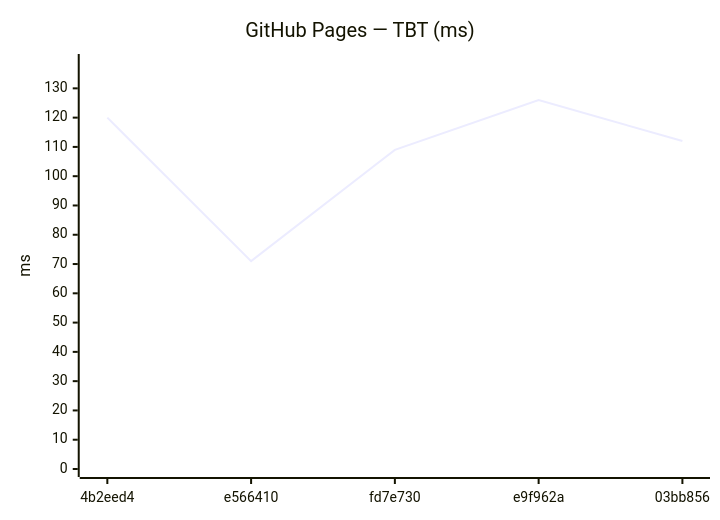
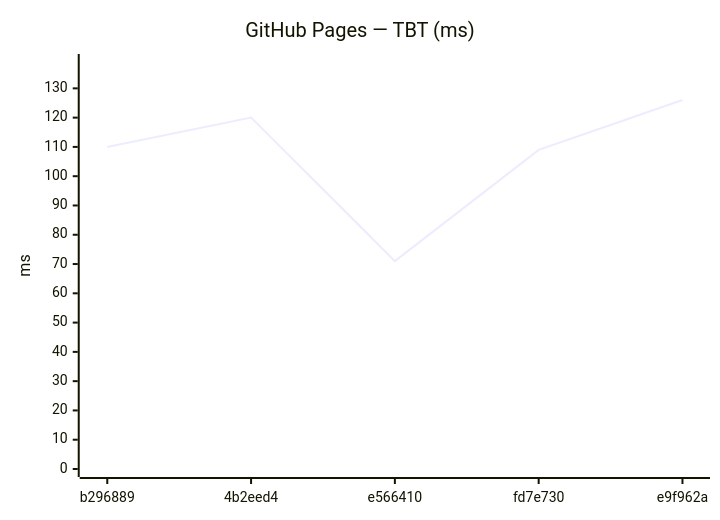
One commit to Metaheurist/Rianell changed the tenth of 18 diagrams in benchmarks/compare.md. Above: the diagram before and after it, drawn with Mermaid. The commit also changed other lines of this file and 11 other files, not shown here.

````diff
--- a/benchmarks/compare.md
+++ b/benchmarks/compare.md
@@ -149,7 +149,7 @@
 ```mermaid
 xychart-beta
     title "GitHub Pages — TBT (ms)"
-    x-axis ["4b2eed4", "e566410", "fd7e730", "e9f962a", "03bb856"]
+    x-axis ["b296889", "4b2eed4", "e566410", "fd7e730", "e9f962a"]
     y-axis "ms" 0 --> 139
-    line [120, 71, 109, 126, 112]
+    line [110, 120, 71, 109, 126]
 ```
````
